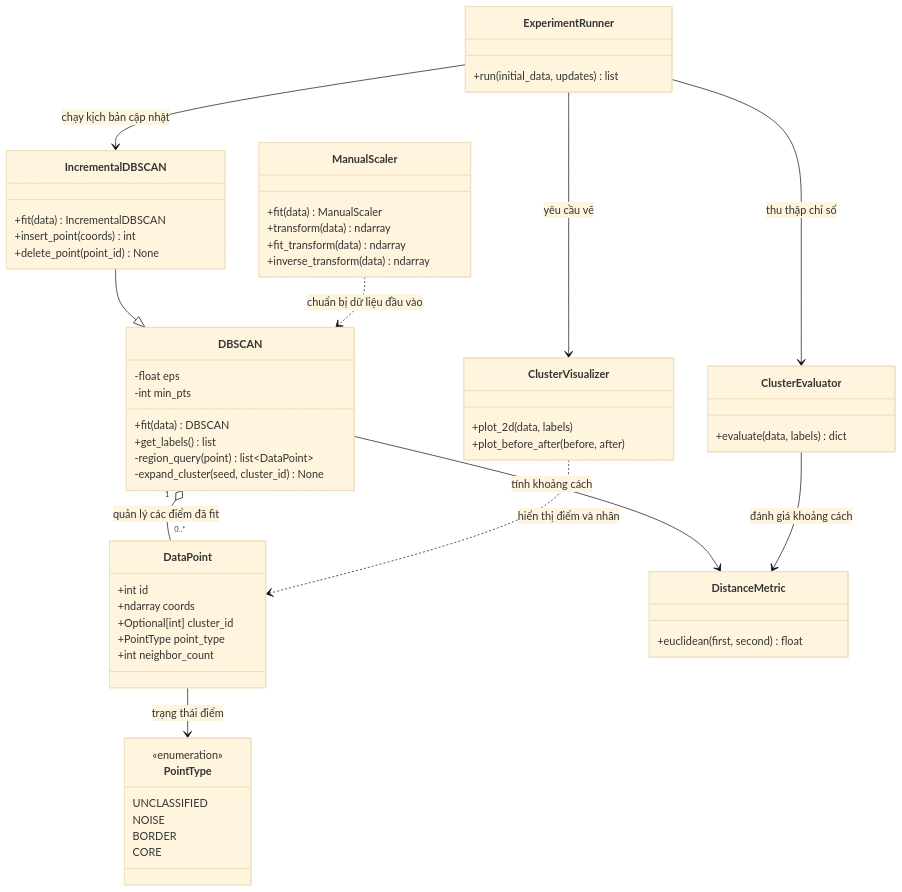
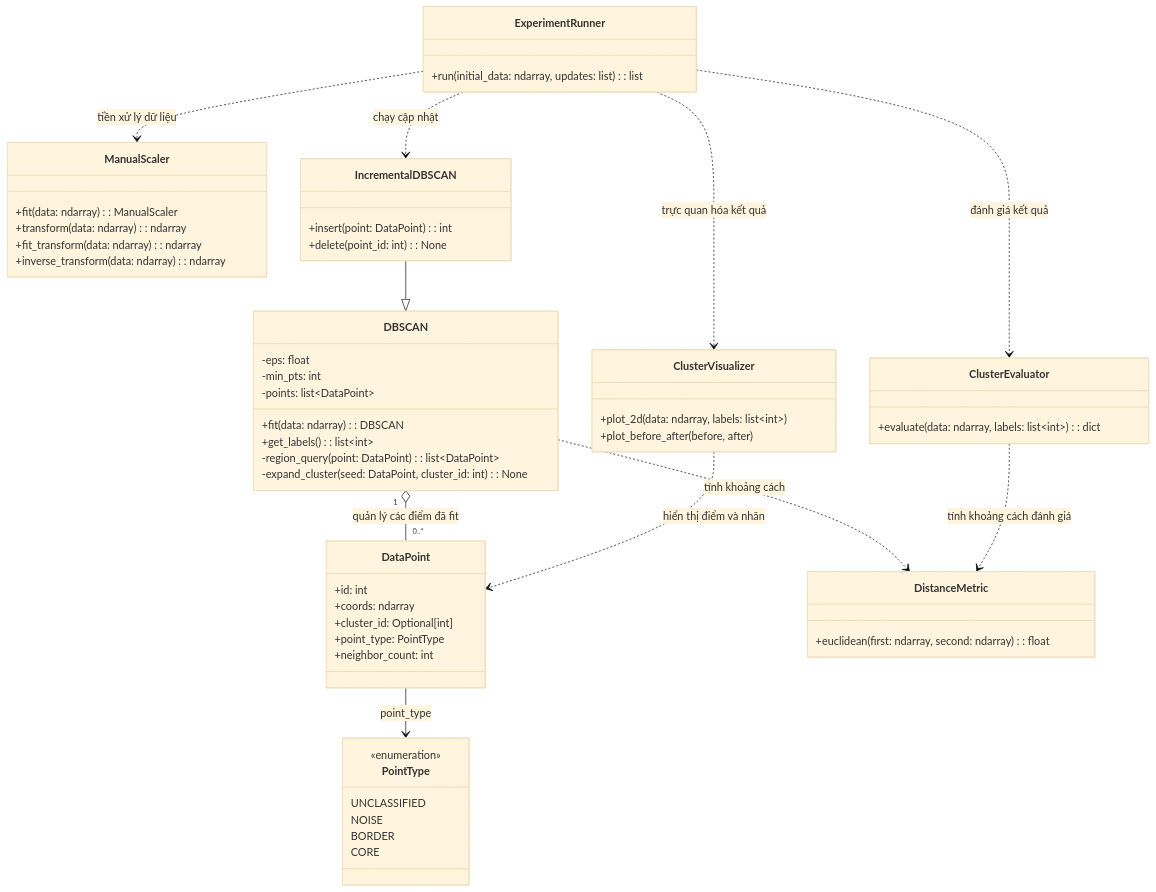
The diagram in docs/oop_design.md (hoanganh-kevz/INCREMENTAL_DBSCAN_NHOM_1), drawn with Mermaid (base theme) before and after one commit. The commit also changed other lines of this file, not shown here.

Commit message:
docs(c02): refine UML class diagram

````diff
--- a/docs/oop_design.md
+++ b/docs/oop_design.md
@@ -5,60 +5,70 @@
 ```mermaid
 classDiagram
+    direction TB
+
     class DataPoint {
-        +int id
-        +ndarray coords
-        +Optional[int] cluster_id
-        +PointType point_type
-        +int neighbor_count
+        +id: int
+        +coords: ndarray
+        +cluster_id: Optional[int]
+        +point_type: PointType
+        +neighbor_count: int
     }
+
     class PointType {
         <<enumeration>>
         UNCLASSIFIED
         NOISE
         BORDER
         CORE
     }
+
     class DistanceMetric {
-        +euclidean(first, second) float
+        +euclidean(first: ndarray, second: ndarray): float
     }
+
     class ManualScaler {
-        +fit(data) ManualScaler
-        +transform(data) ndarray
-        +fit_transform(data) ndarray
-        +inverse_transform(data) ndarray
+        +fit(data: ndarray): ManualScaler
+        +transform(data: ndarray): ndarray
+        +fit_transform(data: ndarray): ndarray
+        +inverse_transform(data: ndarray): ndarray
     }
+
     class DBSCAN {
-        -float eps
-        -int min_pts
-        +fit(data) DBSCAN
-        +get_labels() list
-        -region_query(point) list~DataPoint~
-        -expand_cluster(seed, cluster_id) None
+        -eps: float
+        -min_pts: int
+        -points: list~DataPoint~
+        +fit(data: ndarray): DBSCAN
+        +get_labels(): list~int~
+        -region_query(point: DataPoint): list~DataPoint~
+        -expand_cluster(seed: DataPoint, cluster_id: int): None
     }
+
     class IncrementalDBSCAN {
-        +fit(data) IncrementalDBSCAN
-        +insert_point(coords) int
-        +delete_point(point_id) None
+        +insert(point: DataPoint): int
+        +delete(point_id: int): None
     }
+
     class ClusterEvaluator {
-        +evaluate(data, labels) dict
+        +evaluate(data: ndarray, labels: list~int~): dict
     }
+
     class ClusterVisualizer {
-        +plot_2d(data, labels)
+        +plot_2d(data: ndarray, labels: list~int~)
         +plot_before_after(before, after)
     }
+
     class ExperimentRunner {
-        +run(initial_data, updates) list
+        +run(initial_data: ndarray, updates: list): list
     }
 
     IncrementalDBSCAN --|> DBSCAN
     DBSCAN "1" o-- "0..*" DataPoint : quản lý các điểm đã fit
-    DataPoint --> PointType : trạng thái điểm
-    DBSCAN --> DistanceMetric : tính khoảng cách
-    ClusterEvaluator --> DistanceMetric : đánh giá khoảng cách
-    ExperimentRunner --> IncrementalDBSCAN : chạy kịch bản cập nhật
-    ExperimentRunner --> ClusterEvaluator : thu thập chỉ số
-    ExperimentRunner --> ClusterVisualizer : yêu cầu vẽ
-    ManualScaler ..> DBSCAN : chuẩn bị dữ liệu đầu vào
+    DataPoint --> PointType : point_type
+    DBSCAN ..> DistanceMetric : tính khoảng cách
+    ClusterEvaluator ..> DistanceMetric : tính khoảng cách đánh giá
+    ExperimentRunner ..> ManualScaler : tiền xử lý dữ liệu
+    ExperimentRunner ..> IncrementalDBSCAN : chạy cập nhật
+    ExperimentRunner ..> ClusterEvaluator : đánh giá kết quả
+    ExperimentRunner ..> ClusterVisualizer : trực quan hóa kết quả
     ClusterVisualizer ..> DataPoint : hiển thị điểm và nhãn
 ```
````
